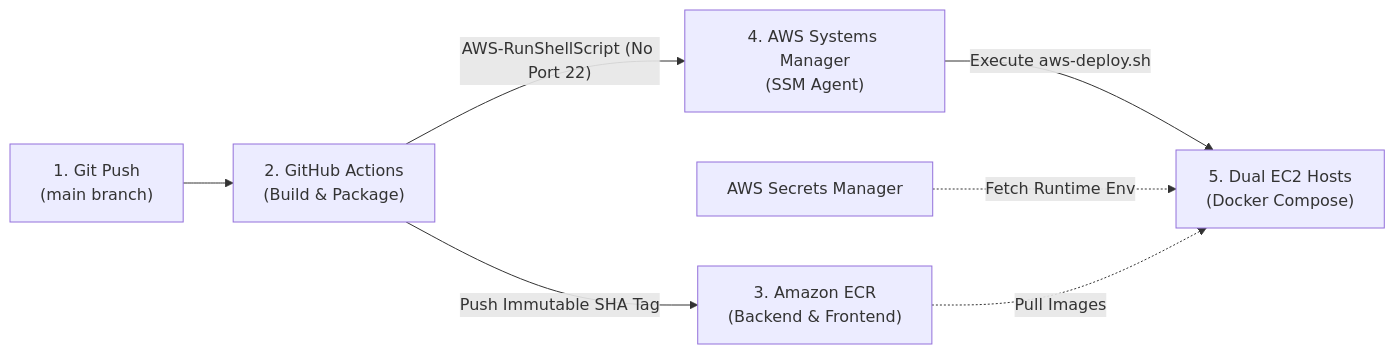
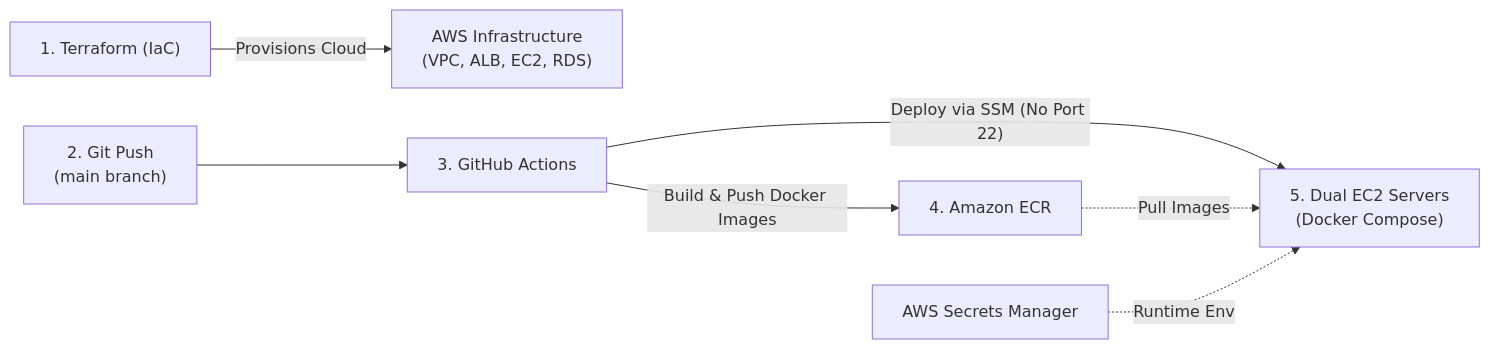
The third of 4 diagrams in README.md (BGYKanishka/architecture_project), drawn with Mermaid before and after one commit. The commit also changed other lines of this file and 35 other files, not shown here.

Commit message:
feat: add modular terraform infrastructure

````diff
--- a/README.md
+++ b/README.md
@@ -167,9 +168,9 @@
 ```mermaid
 flowchart LR
-    Push["1. Git Push\n(main branch)"] --> GHA["2. GitHub Actions\n(Build & Package)"]
-    GHA -->|"Push Immutable SHA Tag"| ECR["3. Amazon ECR\n(Backend & Frontend)"]
-    GHA -->|"AWS-RunShellScript (No Port 22)"| SSM["4. AWS Systems Manager\n(SSM Agent)"]
-    SSM -->|"Execute aws-deploy.sh"| EC2["5. Dual EC2 Hosts\n(Docker Compose)"]
-    Secrets["AWS Secrets Manager"] -.->|"Fetch Runtime Env"| EC2
+    TF["1. Terraform (IaC)"] -->|"Provisions Cloud"| AWS["AWS Infrastructure\n(VPC, ALB, EC2, RDS)"]
+    Push["2. Git Push\n(main branch)"] --> GHA["3. GitHub Actions"]
+    GHA -->|"Build & Push Docker Images"| ECR["4. Amazon ECR"]
+    GHA -->|"Deploy via SSM (No Port 22)"| EC2["5. Dual EC2 Servers\n(Docker Compose)"]
     ECR -.->|"Pull Images"| EC2
+    Secrets["AWS Secrets Manager"] -.->|"Runtime Env"| EC2
 ```
````
